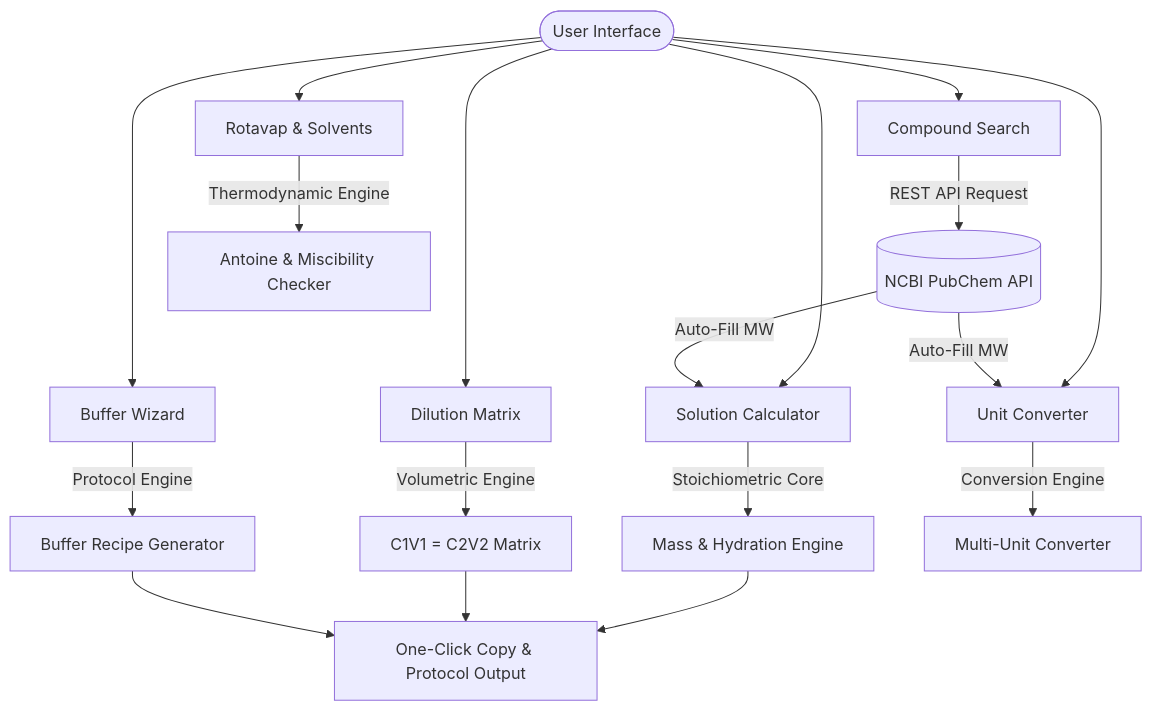
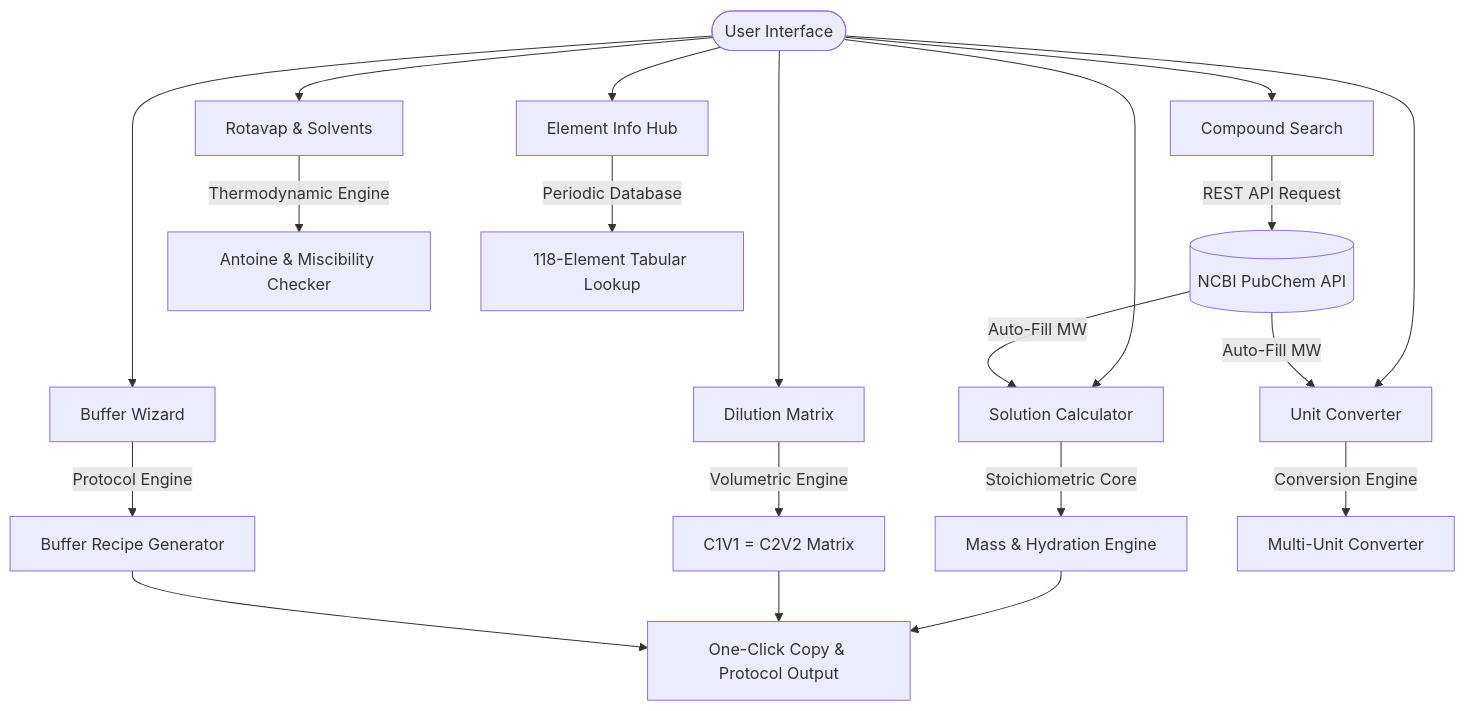
The diagram in README.md (efatihalbayin/chemst-web), drawn with Mermaid before and after one commit. The commit also changed other lines of this file, not shown here.

````diff
--- a/README.md
+++ b/README.md
@@ -55,24 +56,26 @@
 ```mermaid
 graph TD
     User([User Interface]) --> Tab1[Compound Search]
     User --> Tab2[Solution Calculator]
     User --> Tab3[Dilution Matrix]
     User --> Tab4[Buffer Wizard]
     User --> Tab5[Unit Converter]
     User --> Tab6[Rotavap & Solvents]
+    User --> Tab7[Element Info Hub]
     
     Tab1 -->|REST API Request| PubChem[(NCBI PubChem API)]
     Tab2 -->|Stoichiometric Core| Calc1[Mass & Hydration Engine]
     Tab3 -->|Volumetric Engine| Calc2[C1V1 = C2V2 Matrix]
     Tab4 -->|Protocol Engine| Calc3[Buffer Recipe Generator]
     Tab5 -->|Conversion Engine| Calc4[Multi-Unit Converter]
     Tab6 -->|Thermodynamic Engine| Calc5[Antoine & Miscibility Checker]
+    Tab7 -->|Periodic Database| Calc6[118-Element Tabular Lookup]
     
     PubChem -->|Auto-Fill MW| Tab2
     PubChem -->|Auto-Fill MW| Tab5
     
     Calc1 --> Clipboard[One-Click Copy & Protocol Output]
     Calc2 --> Clipboard
     Calc3 --> Clipboard
 
 ```
````
